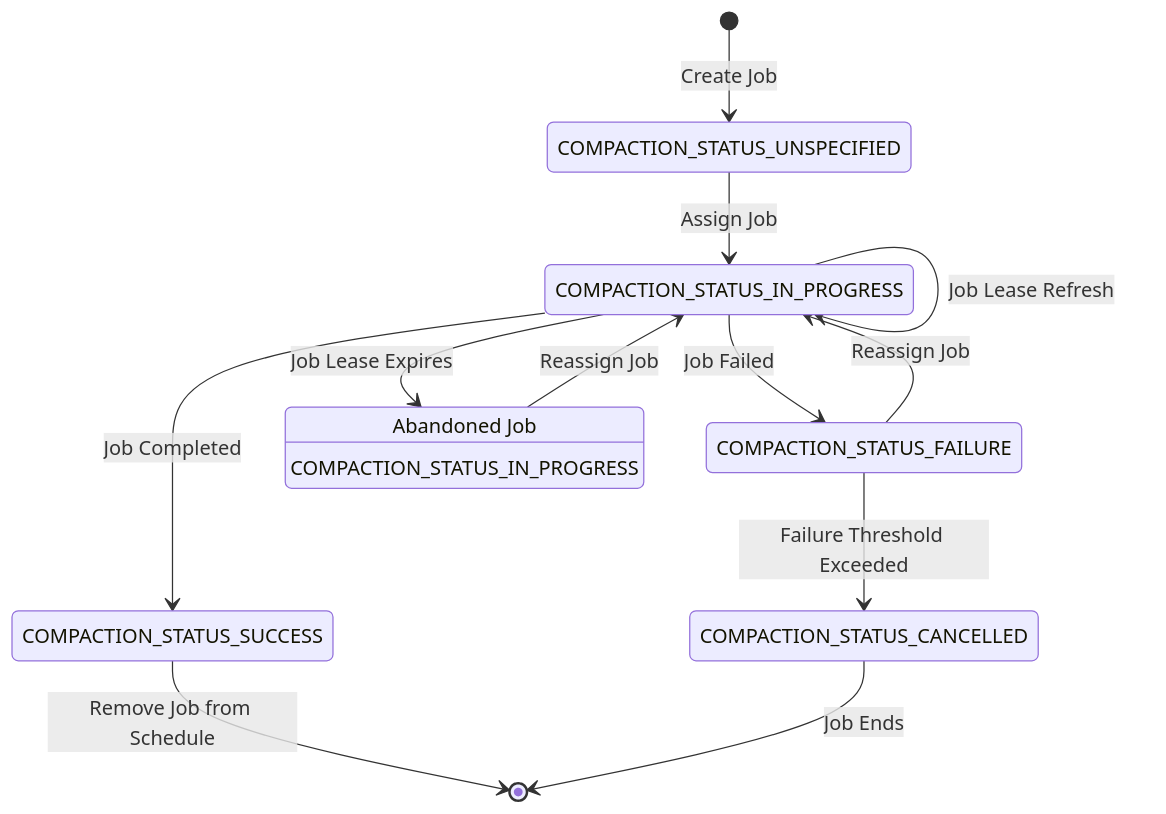
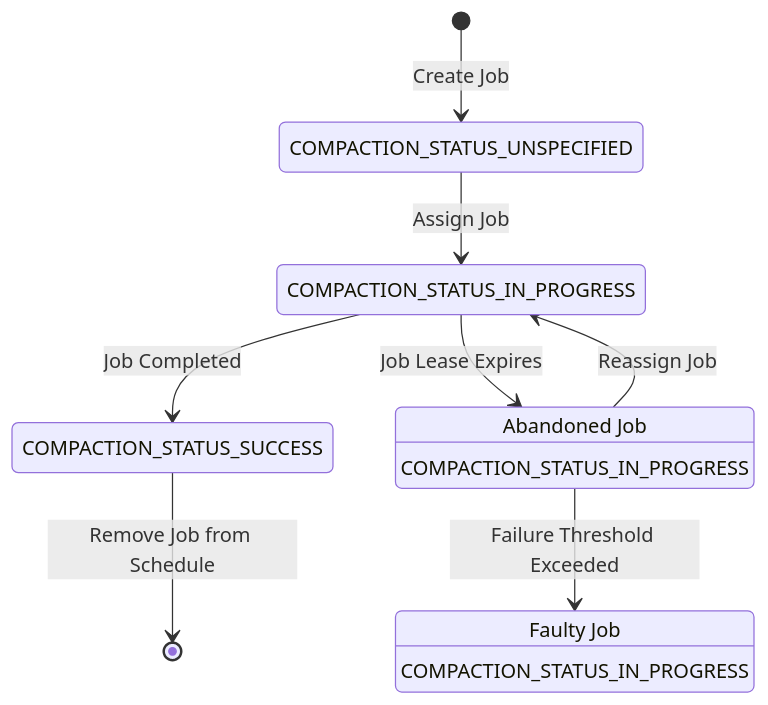
One commit to grafana/pyroscope changed the diagram in pkg/experiment/metastore/compaction/README.md. Above: the diagram before and after it, drawn with Mermaid. The commit also changed other lines of this file and 5 other files, not shown here.

Commit message:
improve compaction worker failure handling

````diff
--- a/pkg/experiment/metastore/compaction/README.md
+++ b/pkg/experiment/metastore/compaction/README.md
@@ -149,25 +137,21 @@
 ```mermaid
 stateDiagram-v2
     [*] --> Unassigned : Create Job
     Unassigned --> InProgress : Assign Job
     InProgress --> Success : Job Completed
-    InProgress --> Failure : Job Failed
-    InProgress --> InProgress: Job Lease Refresh
     InProgress --> LeaseExpired: Job Lease Expires
     LeaseExpired: Abandoned Job
 
+    LeaseExpired --> Excluded: Failure Threshold Exceeded
+    Excluded: Faulty Job
+
     Success --> [*] : Remove Job from Schedule
-    Failure --> InProgress : Reassign Job
     LeaseExpired --> InProgress : Reassign Job
-
-    Failure --> Cancelled : Failure Threshold Exceeded
-    Cancelled --> [*] : Job Ends
 
     Unassigned : COMPACTION_STATUS_UNSPECIFIED
     InProgress : COMPACTION_STATUS_IN_PROGRESS
-    Failure : COMPACTION_STATUS_FAILURE
-    Cancelled : COMPACTION_STATUS_CANCELLED
     Success : COMPACTION_STATUS_SUCCESS
 
     LeaseExpired : COMPACTION_STATUS_IN_PROGRESS
+    Excluded: COMPACTION_STATUS_IN_PROGRESS
 ```
````
